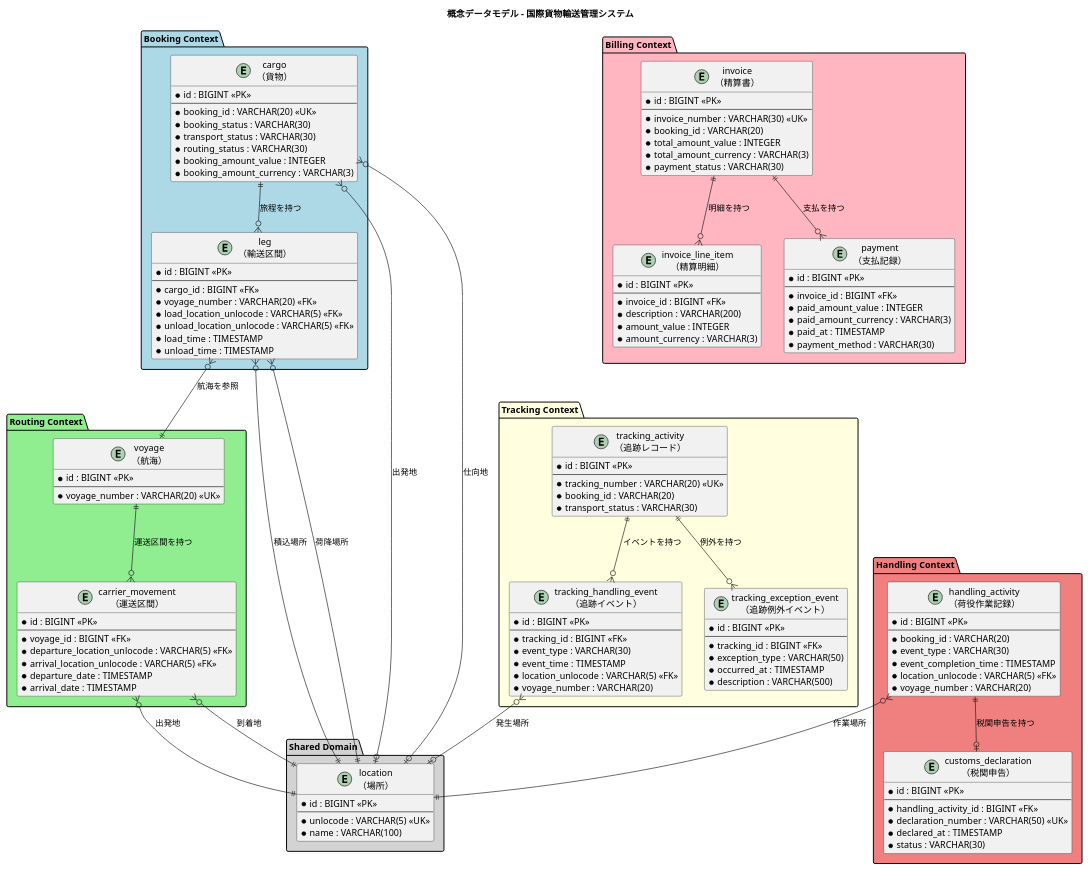
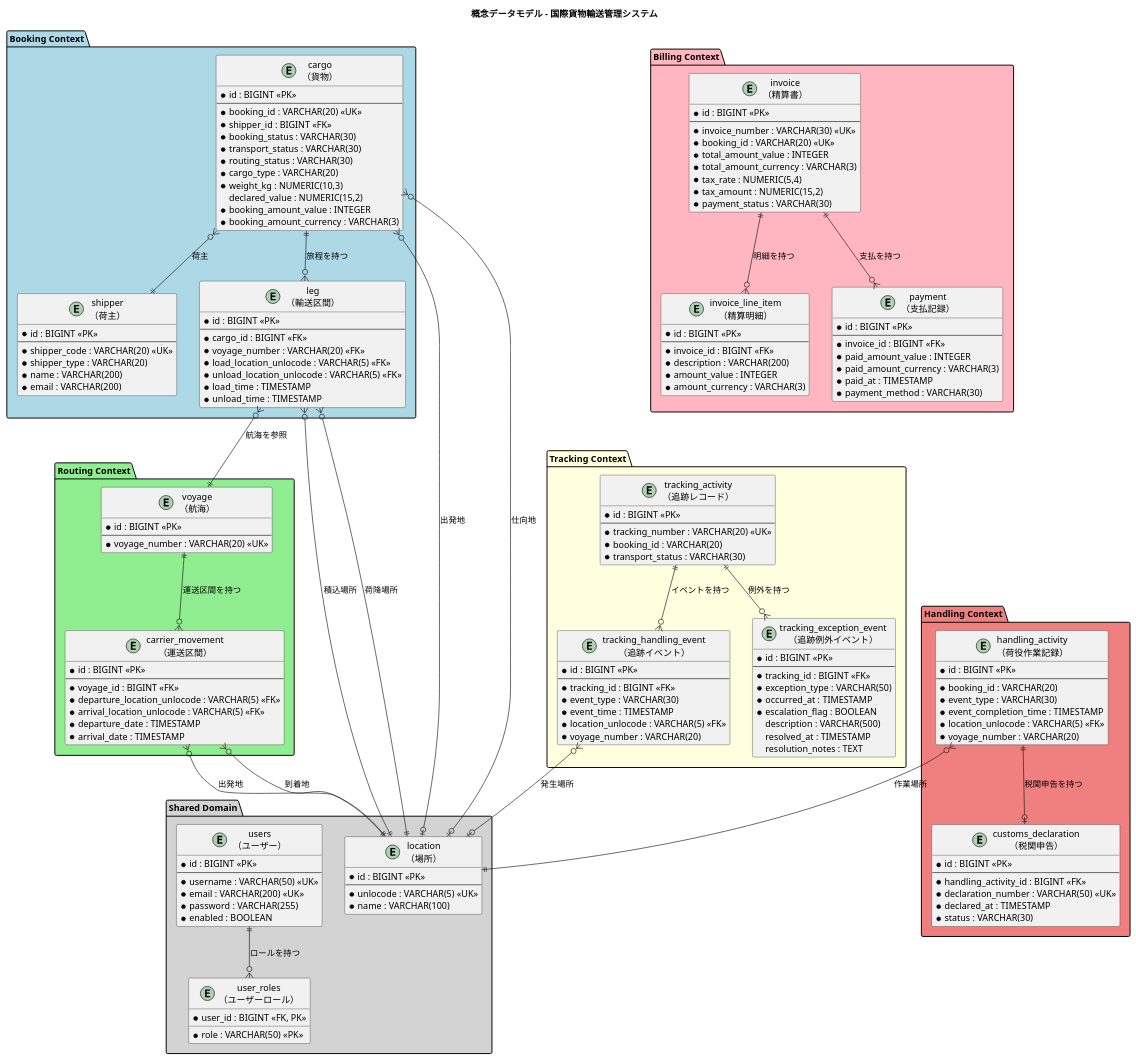
Before and after one commit to k2works/case-study-cargo-tracker: the first of 8 diagrams in docs/design/data-model.md, drawn with PlantUML. The commit also changed other lines of this file, not shown here.

````diff
--- a/docs/design/data-model.md
+++ b/docs/design/data-model.md
@@ -44,16 +45,43 @@
     * unlocode : VARCHAR(5) <<UK>>
     * name : VARCHAR(100)
   }
+
+  entity "users\n（ユーザー）" as users {
+    * id : BIGINT <<PK>>
+    --
+    * username : VARCHAR(50) <<UK>>
+    * email : VARCHAR(200) <<UK>>
+    * password : VARCHAR(255)
+    * enabled : BOOLEAN
+  }
+
+  entity "user_roles\n（ユーザーロール）" as user_roles {
+    * user_id : BIGINT <<FK, PK>>
+    * role : VARCHAR(50) <<PK>>
+  }
 }
 
 package "Booking Context" #lightblue {
+  entity "shipper\n（荷主）" as shipper {
+    * id : BIGINT <<PK>>
+    --
+    * shipper_code : VARCHAR(20) <<UK>>
+    * shipper_type : VARCHAR(20)
+    * name : VARCHAR(200)
+    * email : VARCHAR(200)
+  }
+
   entity "cargo\n（貨物）" as cargo {
     * id : BIGINT <<PK>>
     --
     * booking_id : VARCHAR(20) <<UK>>
+    * shipper_id : BIGINT <<FK>>
     * booking_status : VARCHAR(30)
     * transport_status : VARCHAR(30)
     * routing_status : VARCHAR(30)
+    * cargo_type : VARCHAR(20)
+    * weight_kg : NUMERIC(10,3)
+    declared_value : NUMERIC(15,2)
     * booking_amount_value : INTEGER
     * booking_amount_currency : VARCHAR(3)
   }
@@ -113,7 +141,10 @@
     * tracking_id : BIGINT <<FK>>
     * exception_type : VARCHAR(50)
     * occurred_at : TIMESTAMP
-    * description : VARCHAR(500)
+    * escalation_flag : BOOLEAN
+    description : VARCHAR(500)
+    resolved_at : TIMESTAMP
+    resolution_notes : TEXT
   }
 }
 
@@ -143,9 +174,11 @@
     * id : BIGINT <<PK>>
     --
     * invoice_number : VARCHAR(30) <<UK>>
-    * booking_id : VARCHAR(20)
+    * booking_id : VARCHAR(20) <<UK>>
     * total_amount_value : INTEGER
     * total_amount_currency : VARCHAR(3)
+    * tax_rate : NUMERIC(5,4)
+    * tax_amount : NUMERIC(15,2)
     * payment_status : VARCHAR(30)
   }
 
@@ -170,6 +203,7 @@
 }
 
 ' Booking Context relations
+cargo }o--|| shipper : "荷主"
 cargo ||--o{ leg : "旅程を持つ"
 leg }o--|| voyage : "航海を参照"
 leg }o--|| location : "積込場所"
@@ -195,5 +229,8 @@
 invoice ||--o{ invoice_line_item : "明細を持つ"
 invoice ||--o{ payment : "支払を持つ"
 
+' Security relations
+users ||--o{ user_roles : "ロールを持つ"
+
 @enduml
 ```
````
